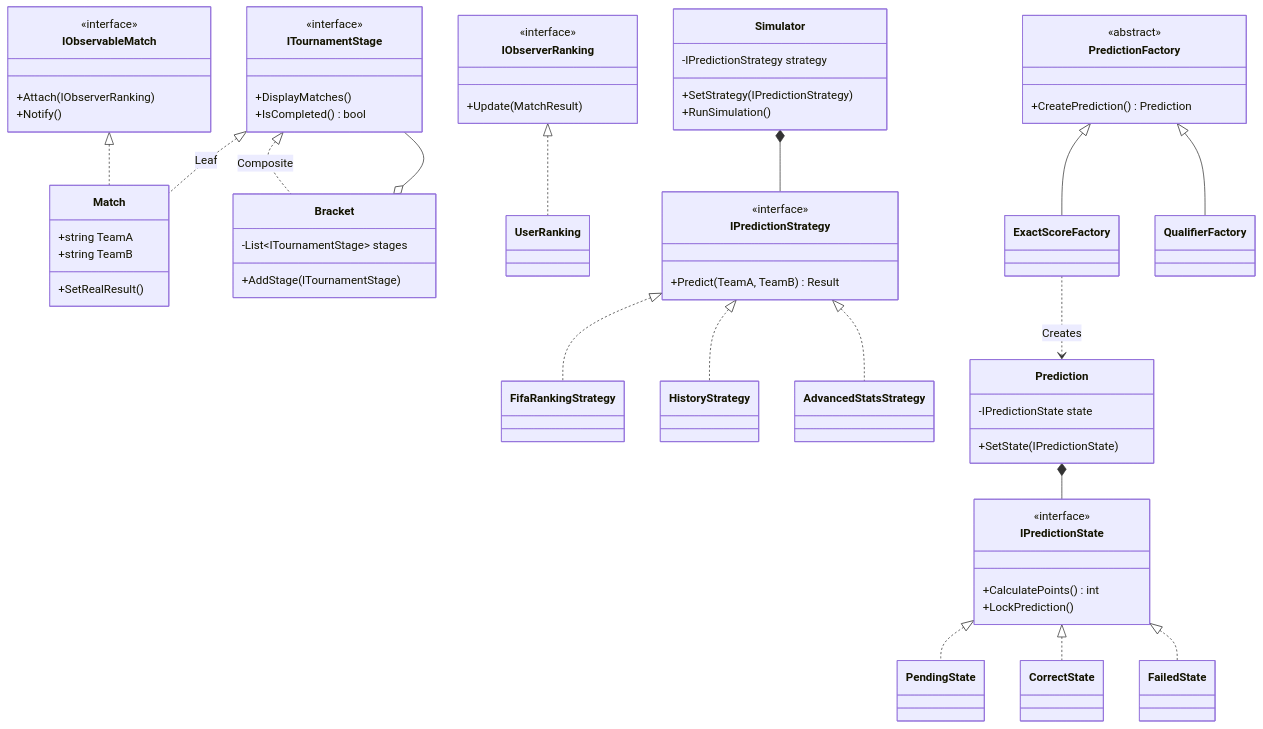
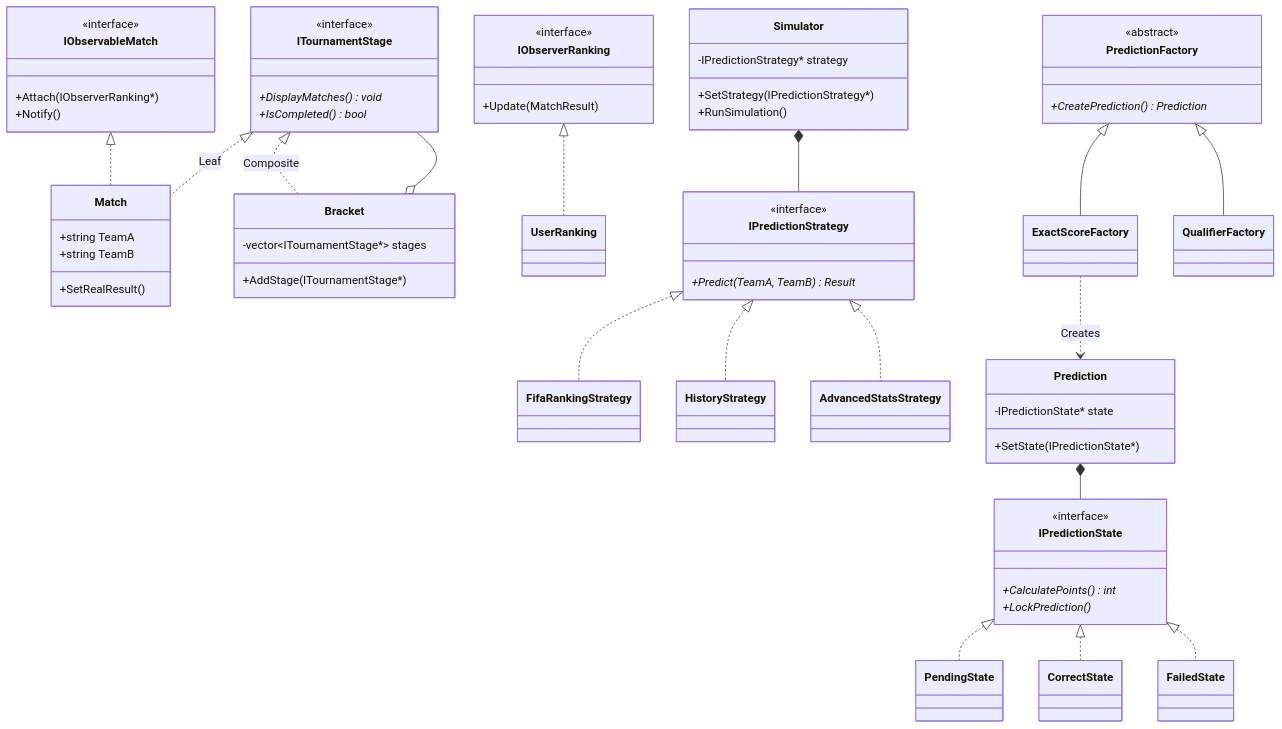
The diagram in README.md (nico89h/Patrones), drawn with Mermaid before and after one commit. The commit also changed other lines of this file, not shown here.

```diff
--- a/README.md
+++ b/README.md
@@ -57,8 +55,8 @@
     %% COMPOSITE PATTERN
     class ITournamentStage {
         <<interface>>
-        +DisplayMatches()
-        +IsCompleted() bool
+        +DisplayMatches()* void
+        +IsCompleted()* bool
     }
     class Match {
         +string TeamA
@@ -66,8 +64,8 @@
         +SetRealResult()
     }
     class Bracket {
-        -List~ITournamentStage~ stages
-        +AddStage(ITournamentStage)
+        -vector~ITournamentStage*~ stages
+        +AddStage(ITournamentStage*)
     }
     ITournamentStage <|.. Match : Leaf
     ITournamentStage <|.. Bracket : Composite
@@ -76,7 +74,7 @@
     %% OBSERVER PATTERN
     class IObservableMatch {
         <<interface>>
-        +Attach(IObserverRanking)
+        +Attach(IObserverRanking*)
         +Notify()
     }
     class IObserverRanking {
@@ -89,7 +87,7 @@
     %% STRATEGY PATTERN
     class IPredictionStrategy {
         <<interface>>
-        +Predict(TeamA, TeamB) Result
+        +Predict(TeamA, TeamB)* Result
     }
     class FifaRankingStrategy { }
     class HistoryStrategy { }
@@ -99,8 +97,8 @@
     IPredictionStrategy <|.. AdvancedStatsStrategy
     
     class Simulator {
-        -IPredictionStrategy strategy
-        +SetStrategy(IPredictionStrategy)
+        -IPredictionStrategy* strategy
+        +SetStrategy(IPredictionStrategy*)
         +RunSimulation()
     }
     Simulator *-- IPredictionStrategy
@@ -108,8 +106,8 @@
     %% STATE PATTERN
     class IPredictionState {
         <<interface>>
-        +CalculatePoints() int
-        +LockPrediction()
+        +CalculatePoints()* int
+        +LockPrediction()*
     }
     class PendingState { }
     class CorrectState { }
@@ -119,15 +117,15 @@
     IPredictionState <|.. FailedState
 
     class Prediction {
-        -IPredictionState state
-        +SetState(IPredictionState)
+        -IPredictionState* state
+        +SetState(IPredictionState*)
     }
     Prediction *-- IPredictionState
 
     %% FACTORY METHOD PATTERN
     class PredictionFactory {
         <<abstract>>
-        +CreatePrediction() Prediction
+        +CreatePrediction()* Prediction
     }
     class ExactScoreFactory { }
     class QualifierFactory { }
```
